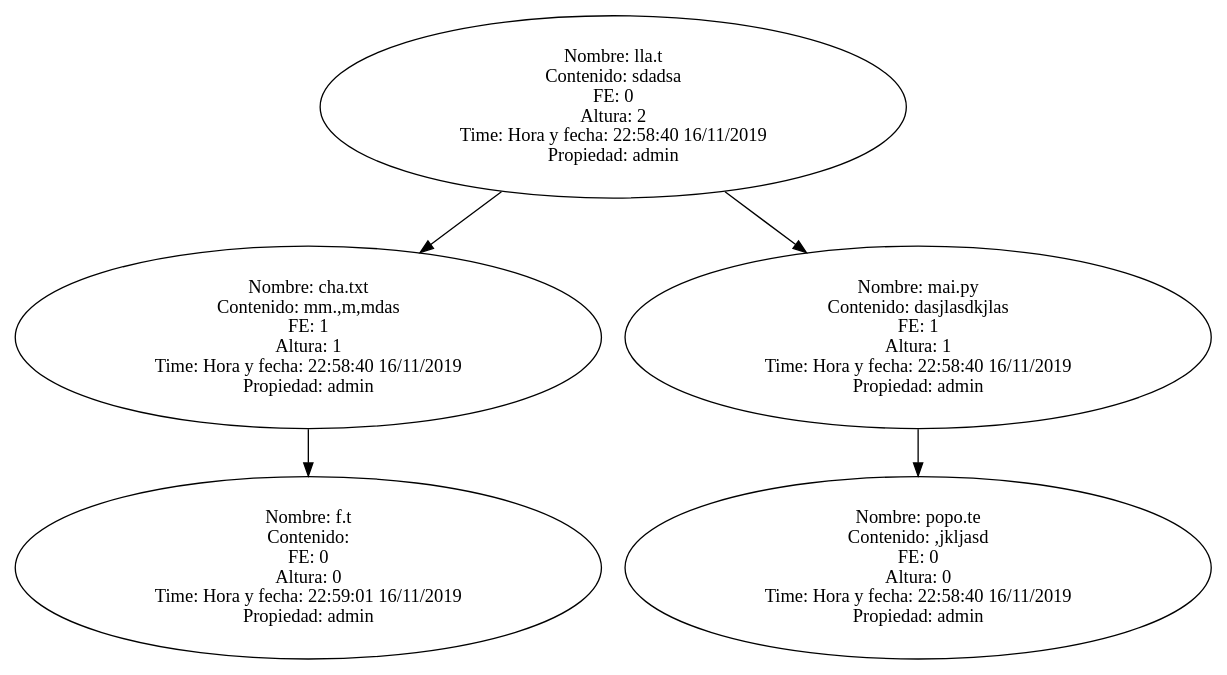
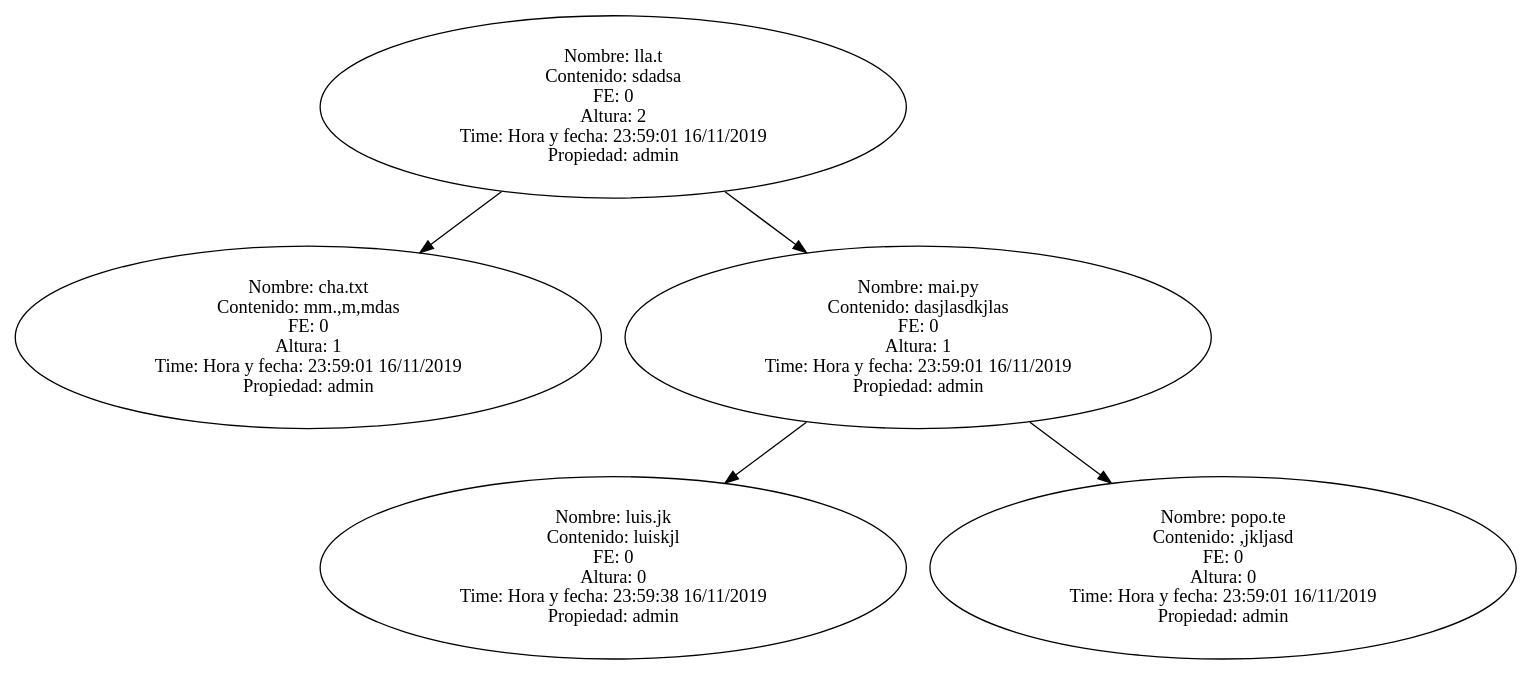
The diagram in Arbol.dot (luiszz8/EDD_2S2019_PY2_201700339), drawn with Graphviz before and after one commit. The commit also changed 21 other files, not shown here.

```diff
--- a/Arbol.dot
+++ b/Arbol.dot
@@ -1,1 +1,1 @@
-digraph BST {"Nombre: lla.t\n Contenido: sdadsa\n FE: 0\n Altura: 2\n Time: Hora y fecha: 22:58:40 16/11/2019\n Propiedad: admin"->"Nombre: cha.txt\n Contenido: mm.,m,mdas\n FE: 1\n Altura: 1\n Time: Hora y fecha: 22:58:40 16/11/2019\n Propiedad: admin";"Nombre: lla.t\n Contenido: sdadsa\n FE: 0\n Altura: 2\n Time: Hora y fecha: 22:58:40 16/11/2019\n Propiedad: admin"->"Nombre: mai.py\n Contenido: dasjlasdkjlas\n FE: 1\n Altura: 1\n Time: Hora y fecha: 22:58:40 16/11/2019\n Propiedad: admin";"Nombre: cha.txt\n Contenido: mm.,m,mdas\n FE: 1\n Altura: 1\n Time: Hora y fecha: 22:58:40 16/11/2019\n Propiedad: admin"->"Nombre: f.t\n Contenido: \n FE: 0\n Altura: 0\n Time: Hora y fecha: 22:59:01 16/11/2019\n Propiedad: admin";"Nombre: mai.py\n Contenido: dasjlasdkjlas\n FE: 1\n Altura: 1\n Time: Hora y fecha: 22:58:40 16/11/2019\n Propiedad: admin"->"Nombre: popo.te\n Contenido: ,jkljasd\n FE: 0\n Altura: 0\n Time: Hora y fecha: 22:58:40 16/11/2019\n Propiedad: admin";}
+digraph BST {"Nombre: lla.t\n Contenido: sdadsa\n FE: 0\n Altura: 2\n Time: Hora y fecha: 23:59:01 16/11/2019\n Propiedad: admin"->"Nombre: cha.txt\n Contenido: mm.,m,mdas\n FE: 0\n Altura: 1\n Time: Hora y fecha: 23:59:01 16/11/2019\n Propiedad: admin";"Nombre: lla.t\n Contenido: sdadsa\n FE: 0\n Altura: 2\n Time: Hora y fecha: 23:59:01 16/11/2019\n Propiedad: admin"->"Nombre: mai.py\n Contenido: dasjlasdkjlas\n FE: 0\n Altura: 1\n Time: Hora y fecha: 23:59:01 16/11/2019\n Propiedad: admin";"Nombre: mai.py\n Contenido: dasjlasdkjlas\n FE: 0\n Altura: 1\n Time: Hora y fecha: 23:59:01 16/11/2019\n Propiedad: admin"->"Nombre: luis.jk\n Contenido: luiskjl\n FE: 0\n Altura: 0\n Time: Hora y fecha: 23:59:38 16/11/2019\n Propiedad: admin";"Nombre: mai.py\n Contenido: dasjlasdkjlas\n FE: 0\n Altura: 1\n Time: Hora y fecha: 23:59:01 16/11/2019\n Propiedad: admin"->"Nombre: popo.te\n Contenido: ,jkljasd\n FE: 0\n Altura: 0\n Time: Hora y fecha: 23:59:01 16/11/2019\n Propiedad: admin";}
```
